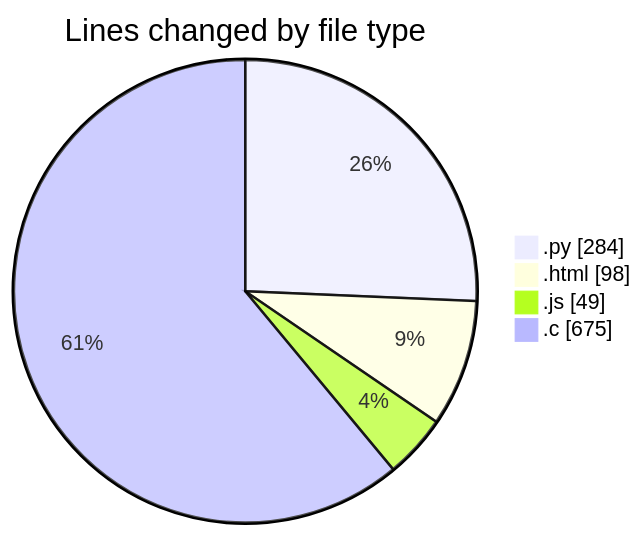
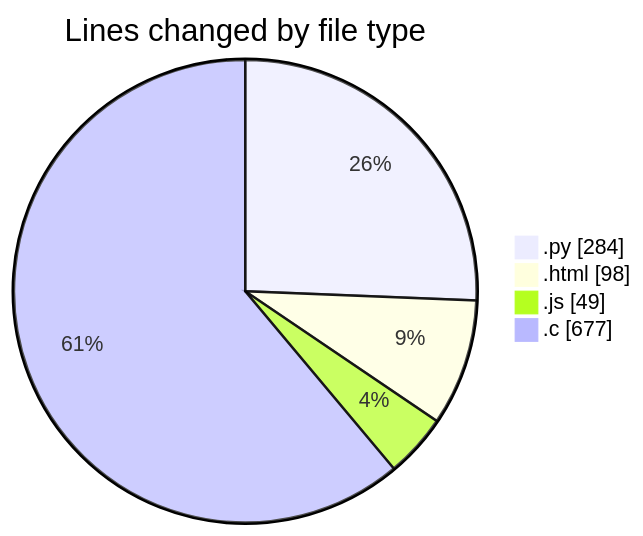
One commit to Ritupan-Deka/code-tracking changed the first of 2 diagrams in 2025-01-21/projects/README.md. Above: the diagram before and after it, drawn with Mermaid. The commit also changed other lines of this file and 1 other file, not shown here.

````diff
--- a/2025-01-21/projects/README.md
+++ b/2025-01-21/projects/README.md
@@ -31,8 +31,8 @@
 ```mermaid
 pie showData
 title Lines changed by file type
 ".py" : 284
 ".html" : 98
 ".js" : 49
-".c" : 675
+".c" : 677
 ```
````
